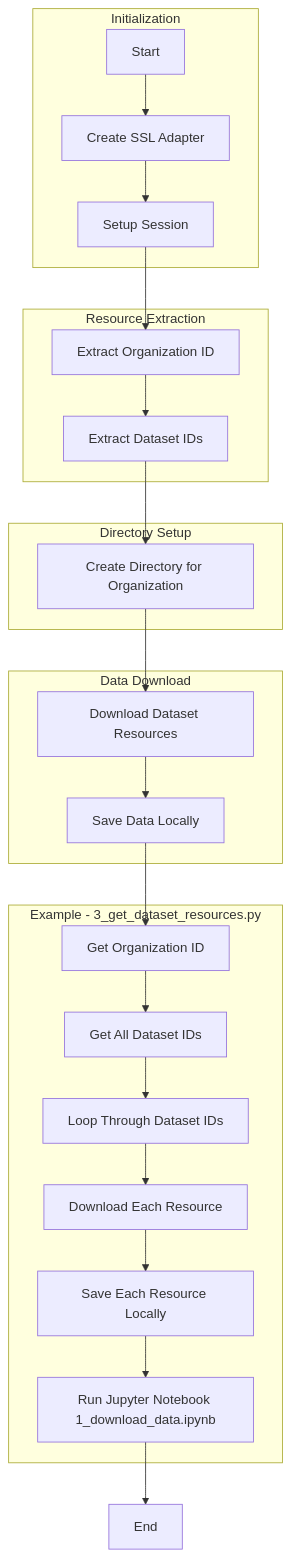
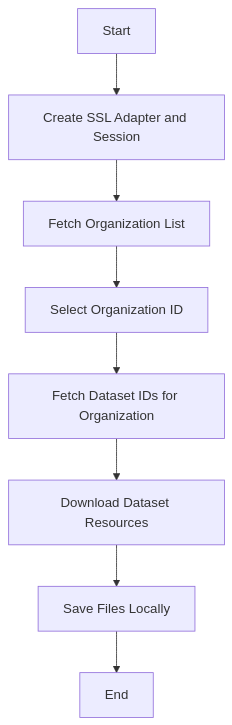
One commit to Esturban/open_ksa changed the diagram in README.md. Above: the diagram before and after it, drawn with Mermaid. The commit also changed other lines of this file and 1 other file, not shown here.

````diff
--- a/README.md
+++ b/README.md
@@ -31,32 +89,10 @@
 ```mermaid
 graph TD
-    subgraph Initialization
-        A[Start] --> B[Create SSL Adapter]
-        B --> C[Setup Session]
-    end
-
-    subgraph Resource Extraction
-        C --> D[Extract Organization ID]
-        D --> E[Extract Dataset IDs]
-    end
-
-    subgraph Directory Setup
-        E --> F[Create Directory for Organization]
-    end
-
-    subgraph Data Download
-        F --> G[Download Dataset Resources]
-        G --> H[Save Data Locally]
-    end
-
-    subgraph Example - 3_get_dataset_resources.py
-        H --> J[Get Organization ID]
-        J --> J1[Get All Dataset IDs]
-        J1 --> K[Loop Through Dataset IDs]
-        K --> L[Download Each Resource]
-        L --> M[Save Each Resource Locally]
-        M --> N[Run Jupyter Notebook 1_download_data.ipynb]
-    end
-
-    N --> I[End]
+    A[Start] --> B[Create SSL Adapter and Session]
+    B --> C[Fetch Organization List]
+    C --> D[Select Organization ID]
+    D --> E[Fetch Dataset IDs for Organization]
+    E --> F[Download Dataset Resources]
+    F --> G[Save Files Locally]
+    G --> H[End]
 ```
````
